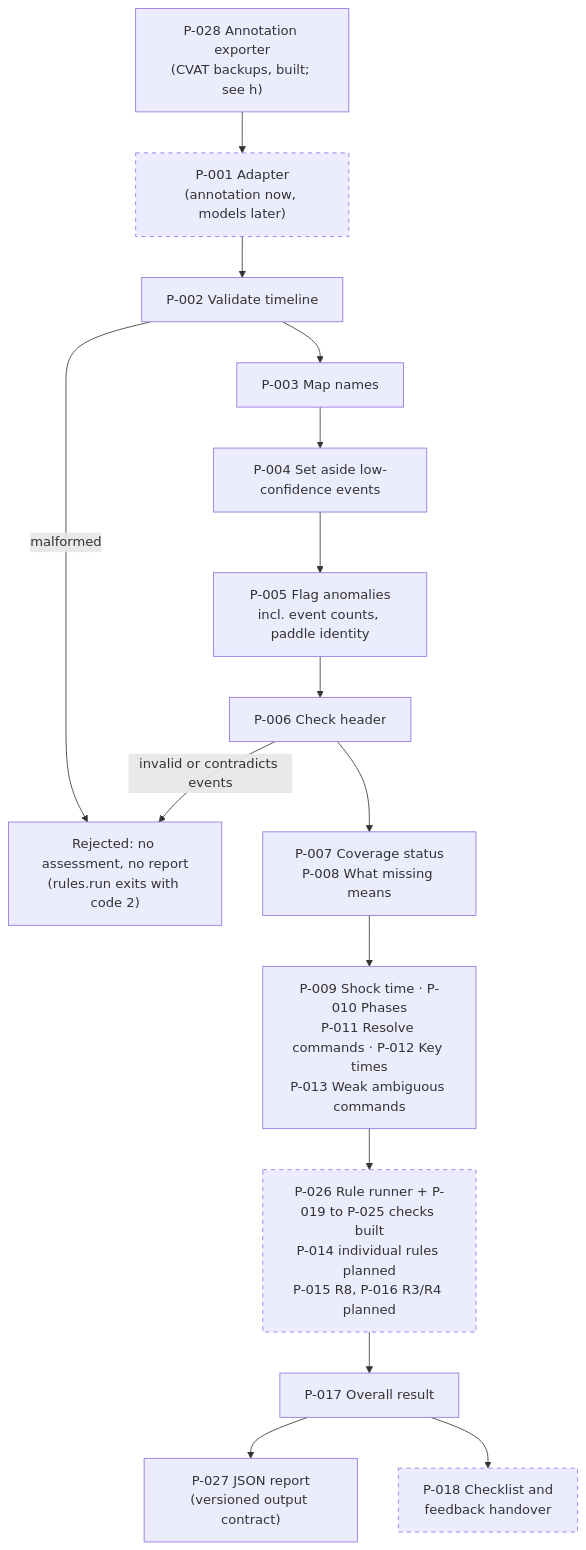
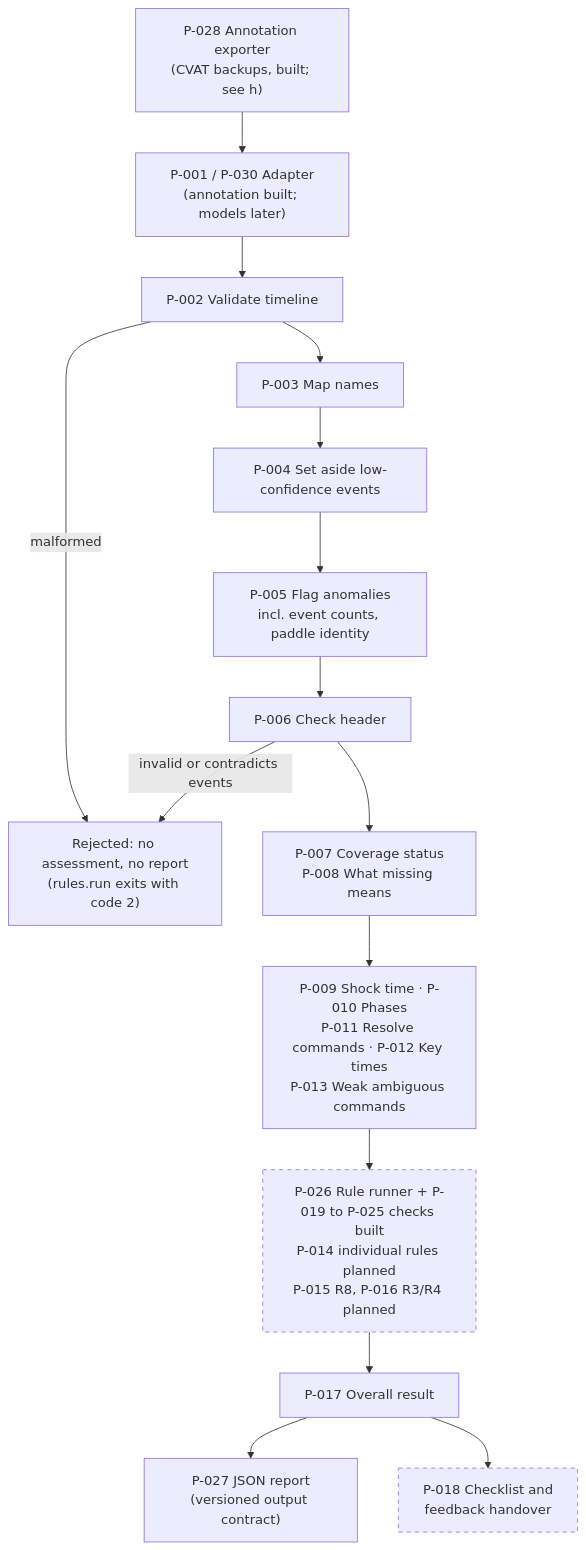
The second of 11 diagrams in docs/rule_engine/diagrams.md (ananthu65/defibrillator_research), drawn with Mermaid before and after one commit. The commit also changed other lines of this file and 20 other files, not shown here.

````diff
--- a/docs/rule_engine/diagrams.md
+++ b/docs/rule_engine/diagrams.md
@@ -35,25 +35,25 @@
 ```mermaid
 flowchart TD
     A0["P-028 Annotation exporter<br/>(CVAT backups, built; see h)"]
-    A["P-001 Adapter<br/>(annotation now, models later)"]:::planned
+    A["P-001 / P-030 Adapter<br/>(annotation built; models later)"]
     A0 --> A
     B["P-002 Validate timeline"]
     C["P-003 Map names"]
     D["P-004 Set aside low-confidence events"]
     E["P-005 Flag anomalies<br/>incl. event counts, paddle identity"]
     F["P-006 Check header"]
     G["P-007 Coverage status<br/>P-008 What missing means"]
     H["P-009 Shock time · P-010 Phases<br/>P-011 Resolve commands · P-012 Key times<br/>P-013 Weak ambiguous commands"]
     I["P-026 Rule runner + P-019 to P-025 checks built<br/>P-014 individual rules planned<br/>P-015 R8, P-016 R3/R4 planned"]:::planned
     J["P-017 Overall result"]
     K["P-027 JSON report<br/>(versioned output contract)"]
     L["P-018 Checklist and<br/>feedback handover"]:::planned
     X["Rejected: no assessment, no report<br/>(rules.run exits with code 2)"]
     A --> B
     B -->|malformed| X
     B --> C --> D --> E --> F
     F -->|invalid or contradicts events| X
     F --> G --> H --> I --> J --> K
     J --> L
     classDef planned stroke-dasharray: 5 5
 ```
````
